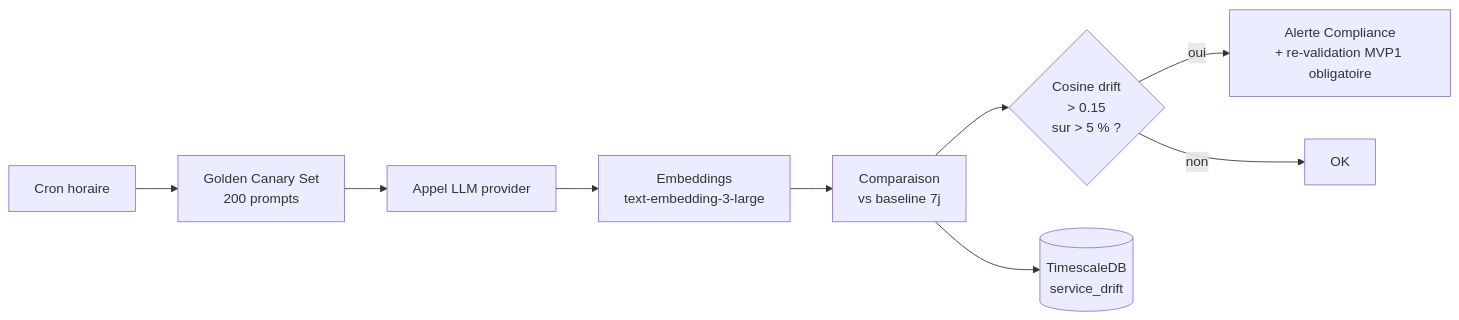
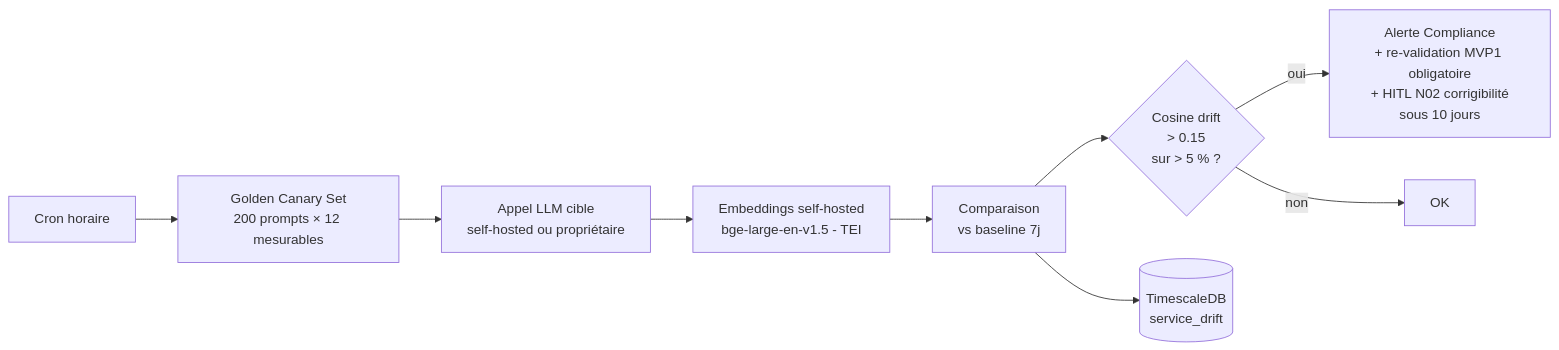
Before and after one commit to Rqbln/VERA: the fourth of 4 diagrams in MVP4_governance_as_a_service.md, drawn with Mermaid. The commit also changed other lines of this file and 9 other files, not shown here.

First line of the commit message:
Refocus roadmap and MVP documentation on accessible local open-source tooling.

````diff
--- a/MVP4_governance_as_a_service.md
+++ b/MVP4_governance_as_a_service.md
@@ -133,11 +134,11 @@
 ```mermaid
 flowchart LR
-    SCHED[Cron horaire] --> CANARY[Golden Canary Set<br/>200 prompts]
-    CANARY --> CALL[Appel LLM provider]
-    CALL --> EMB[Embeddings<br/>text-embedding-3-large]
+    SCHED[Cron horaire] --> CANARY[Golden Canary Set<br/>200 prompts × 12 mesurables]
+    CANARY --> CALL[Appel LLM cible<br/>self-hosted ou propriétaire]
+    CALL --> EMB[Embeddings self-hosted<br/>bge-large-en-v1.5 - TEI]
     EMB --> COMPARE[Comparaison<br/>vs baseline 7j]
     COMPARE --> DRIFT{Cosine drift<br/>> 0.15<br/>sur > 5 % ?}
-    DRIFT -->|oui| ALERT[Alerte Compliance<br/>+ re-validation MVP1 obligatoire]
+    DRIFT -->|oui| ALERT[Alerte Compliance<br/>+ re-validation MVP1 obligatoire<br/>+ HITL N02 corrigibilité<br/>sous 10 jours]
     DRIFT -->|non| OK[OK]
     COMPARE --> TS[(TimescaleDB<br/>service_drift)]
 ```
````
